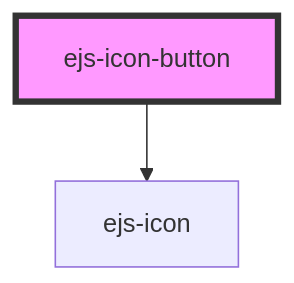
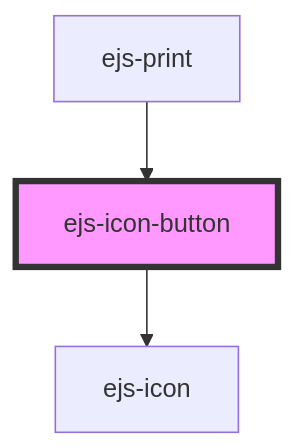
Before and after one commit to ezeep/ezeep-js: the diagram in src/components/ejs-icon-button/readme.md, drawn with Mermaid. The commit also changed other lines of this file and 25 other files, not shown here.

````diff
--- a/src/components/ejs-icon-button/readme.md
+++ b/src/components/ejs-icon-button/readme.md
@@ -39,5 +42,6 @@
 ```mermaid
 graph TD;
   ejs-icon-button --> ejs-icon
+  ejs-print --> ejs-icon-button
   style ejs-icon-button fill:#f9f,stroke:#333,stroke-width:4px
 ```
````
